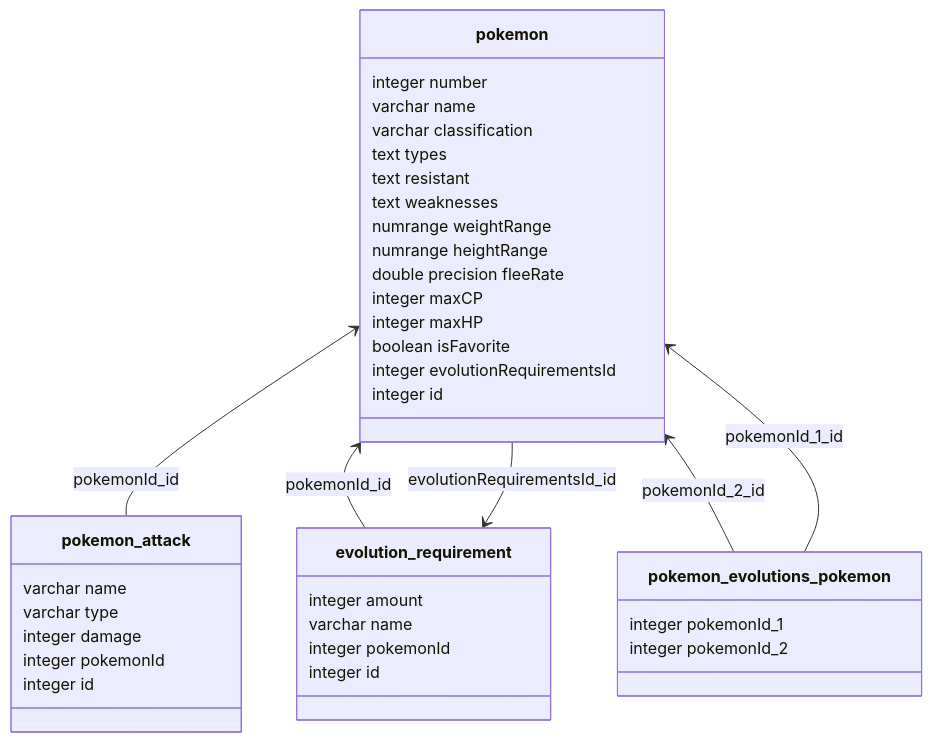
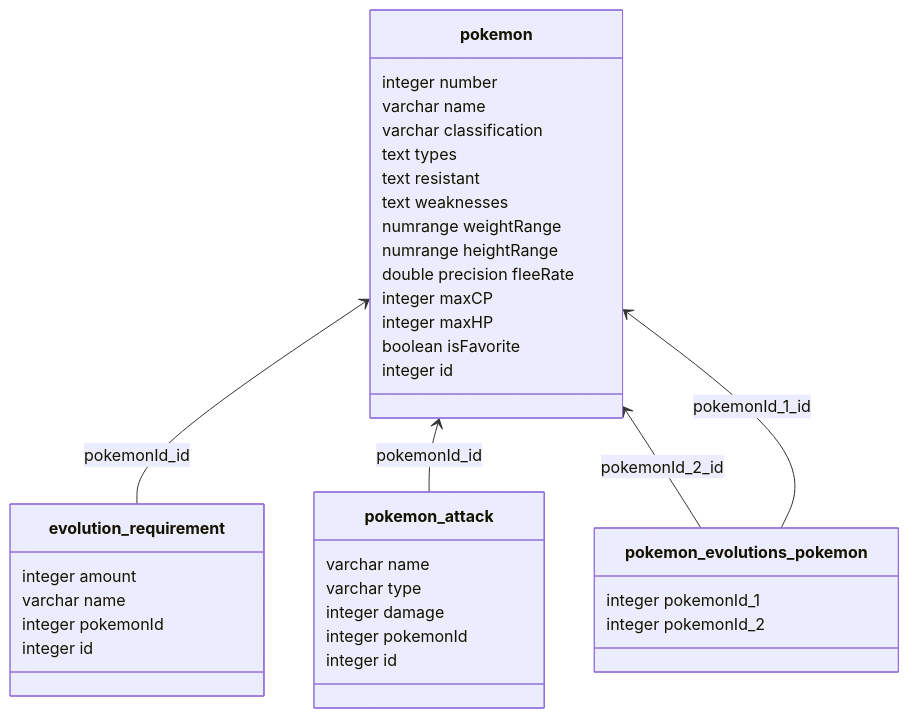
The diagram in README.md (developer239/pokemon-gql), drawn with Mermaid before and after one commit. The commit also changed 2 other files, not shown here.

Commit message:
fix: db schema

````diff
--- a/README.md
+++ b/README.md
@@ -36,47 +36,42 @@
 ```mermaid
 classDiagram
-direction BT
+  direction BT
+  class evolution_requirement {
+    integer amount
+    varchar name
+    integer pokemonId
+    integer id
+  }
 
-class evolution_requirement {
-   integer amount
-   varchar name
-   integer pokemonId
-   integer id
-}
+  class pokemon {
+    integer number
+    varchar name
+    varchar classification
+    text types
+    text resistant
+    text weaknesses
+    numrange weightRange
+    numrange heightRange
+    double precision fleeRate
+    integer maxCP
+    integer maxHP
+    boolean isFavorite
+    integer id
+  }
+  class pokemon_attack {
+    varchar name
+    varchar type
+    integer damage
+    integer pokemonId
+    integer id
+  }
+  class pokemon_evolutions_pokemon {
+    integer pokemonId_1
+    integer pokemonId_2
+  }
 
-class pokemon {
-   integer number
-   varchar name
-   varchar classification
-   text types
-   text resistant
-   text weaknesses
-   numrange weightRange
-   numrange heightRange
-   double precision fleeRate
-   integer maxCP
-   integer maxHP
-   boolean isFavorite
-   integer evolutionRequirementsId
-   integer id
-}
-
-class pokemon_attack {
-   varchar name
-   varchar type
-   integer damage
-   integer pokemonId
-   integer id
-}
-
-class pokemon_evolutions_pokemon {
-   integer pokemonId_1
-   integer pokemonId_2
-}
-
-evolution_requirement  -->  pokemon : pokemonId_id
-pokemon  -->  evolution_requirement : evolutionRequirementsId_id
-pokemon_attack  -->  pokemon : pokemonId_id
-pokemon_evolutions_pokemon  -->  pokemon : pokemonId_2_id
-pokemon_evolutions_pokemon  -->  pokemon : pokemonId_1_id
+  evolution_requirement  -->  pokemon : pokemonId_id
+  pokemon_attack  -->  pokemon : pokemonId_id
+  pokemon_evolutions_pokemon  -->  pokemon : pokemonId_2_id
+  pokemon_evolutions_pokemon  -->  pokemon : pokemonId_1_id
 ```
````
